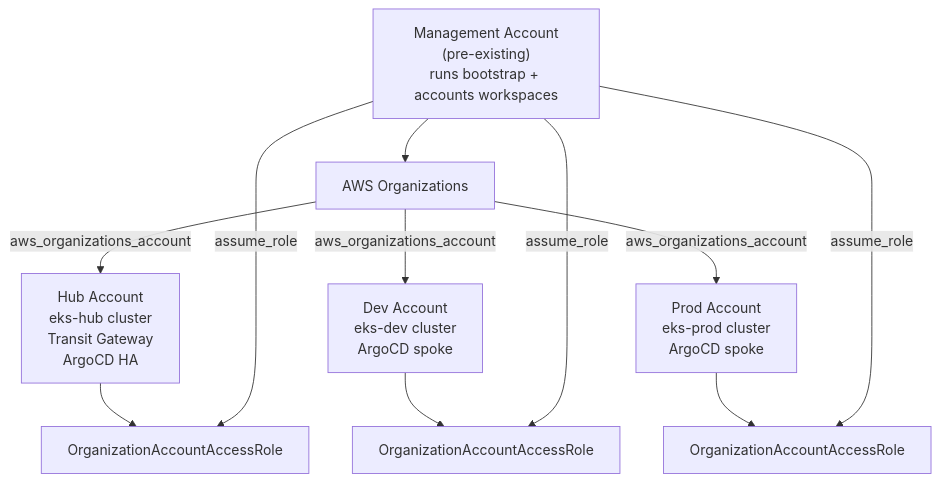
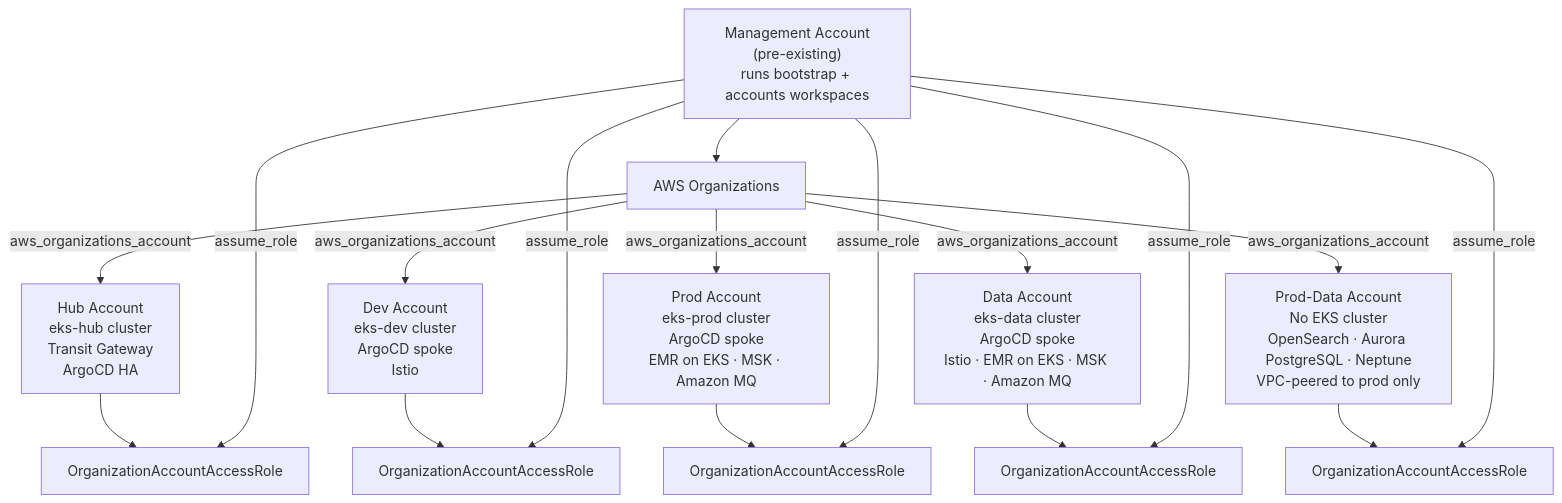
Before and after one commit to paragch/eks-hub-spoke: the first of 13 diagrams in docs/low-level-design.md, drawn with Mermaid. The commit also changed other lines of this file and 67 other files, not shown here.

First line of the commit message:
feat: add prod-data account with OpenSearch, Aurora, Neptune, and db-writer microservice

````diff
--- a/docs/low-level-design.md
+++ b/docs/low-level-design.md
@@ -23,27 +27,37 @@
 ```mermaid
 graph TD
   MGMT["Management Account<br/>(pre-existing)<br/>runs bootstrap + accounts workspaces"]
 
   ORG["AWS Organizations"]
 
   HUB["Hub Account<br/>eks-hub cluster<br/>Transit Gateway<br/>ArgoCD HA"]
-  DEV["Dev Account<br/>eks-dev cluster<br/>ArgoCD spoke"]
-  PROD["Prod Account<br/>eks-prod cluster<br/>ArgoCD spoke"]
+  DEV["Dev Account<br/>eks-dev cluster<br/>ArgoCD spoke<br/>Istio"]
+  PROD["Prod Account<br/>eks-prod cluster<br/>ArgoCD spoke<br/>EMR on EKS · MSK · Amazon MQ"]
+  DATA["Data Account<br/>eks-data cluster<br/>ArgoCD spoke<br/>Istio · EMR on EKS · MSK · Amazon MQ"]
+  PRODDATA["Prod-Data Account<br/>No EKS cluster<br/>OpenSearch · Aurora PostgreSQL · Neptune<br/>VPC-peered to prod only"]
 
   ROLE_HUB["OrganizationAccountAccessRole"]
   ROLE_DEV["OrganizationAccountAccessRole"]
   ROLE_PROD["OrganizationAccountAccessRole"]
+  ROLE_DATA["OrganizationAccountAccessRole"]
+  ROLE_PRODDATA["OrganizationAccountAccessRole"]
 
   MGMT --> ORG
   ORG -->|aws_organizations_account| HUB
   ORG -->|aws_organizations_account| DEV
   ORG -->|aws_organizations_account| PROD
+  ORG -->|aws_organizations_account| DATA
+  ORG -->|aws_organizations_account| PRODDATA
 
   HUB --> ROLE_HUB
   DEV --> ROLE_DEV
   PROD --> ROLE_PROD
+  DATA --> ROLE_DATA
+  PRODDATA --> ROLE_PRODDATA
 
   MGMT -->|assume_role| ROLE_HUB
   MGMT -->|assume_role| ROLE_DEV
   MGMT -->|assume_role| ROLE_PROD
+  MGMT -->|assume_role| ROLE_DATA
+  MGMT -->|assume_role| ROLE_PRODDATA
 ```
````
